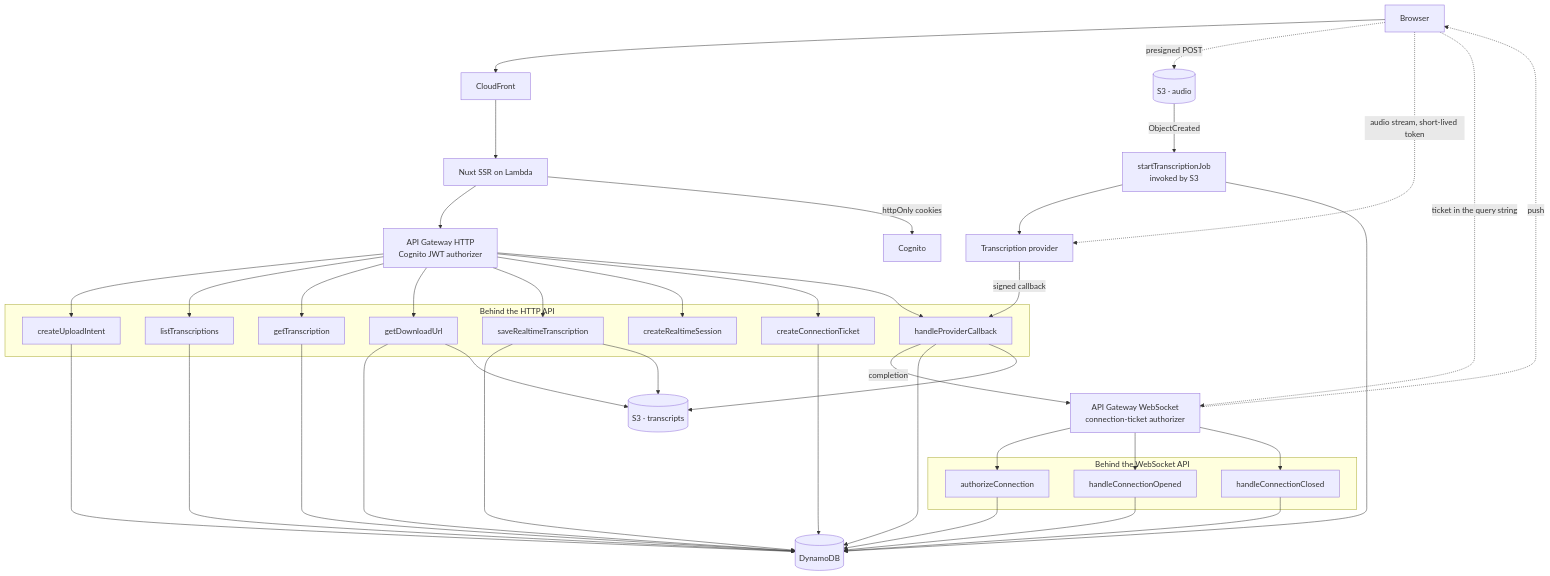
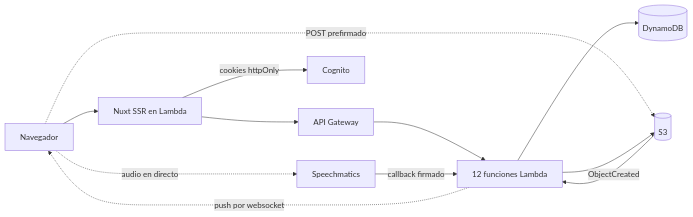
The diagram in README.md (2santos93/vocali-project), drawn with Mermaid before and after one commit. The commit also changed other lines of this file, not shown here.

````diff
--- a/README.md
+++ b/README.md
@@ -55,44 +64,14 @@
 ```mermaid
-graph TB
-    B[Browser]
-    CF[CloudFront]
-    WEB[Nuxt SSR on Lambda]
-    API[API Gateway HTTP<br/>Cognito JWT authorizer]
-    WS[API Gateway WebSocket<br/>connection-ticket authorizer]
-    subgraph HttpFunctions[Behind the HTTP API]
-      L1[createUploadIntent]
-      L2[listTranscriptions]
-      L3[getTranscription]
-      L4[getDownloadUrl]
-      L5[saveRealtimeTranscription]
-      L6[createRealtimeSession]
-      L7[createConnectionTicket]
-      L8[handleProviderCallback]
-    end
-    JOB[startTranscriptionJob<br/>invoked by S3]
-    subgraph WsFunctions[Behind the WebSocket API]
-      W1[authorizeConnection]
-      W2[handleConnectionOpened]
-      W3[handleConnectionClosed]
-    end
-    DDB[(DynamoDB)]
-    S3A[(S3 · audio)]
-    S3T[(S3 · transcripts)]
-    COG[Cognito]
-    P[Transcription provider]
-
-    B --> CF --> WEB --> API
-    WEB -->|httpOnly cookies| COG
-    B -.->|presigned POST| S3A
-    B -.->|audio stream, short-lived token| P
-    B -.->|ticket in the query string| WS
-    API --> L1 & L2 & L3 & L4 & L5 & L6 & L7 & L8
-    WS --> W1 & W2 & W3
-    S3A -->|ObjectCreated| JOB --> P
-    P -->|signed callback| L8
-    L8 -->|completion| WS
-    WS -.->|push| B
-    L1 & L2 & L3 & L4 & L5 & L7 & L8 & JOB --> DDB
-    W1 & W2 & W3 --> DDB
-    L4 & L5 & L8 --> S3T
+graph LR
+    B[Navegador] --> WEB[Nuxt SSR en Lambda]
+    WEB --> API[API Gateway]
+    WEB -->|cookies httpOnly| COG[Cognito]
+    B -.->|POST prefirmado| S3[(S3)]
+    B -.->|audio en directo| P[Speechmatics]
+    API --> L[12 funciones Lambda]
+    L --> DDB[(DynamoDB)]
+    L --> S3
+    S3 -->|ObjectCreated| L
+    P -->|callback firmado| L
+    L -.->|push por websocket| B
 ```
````
